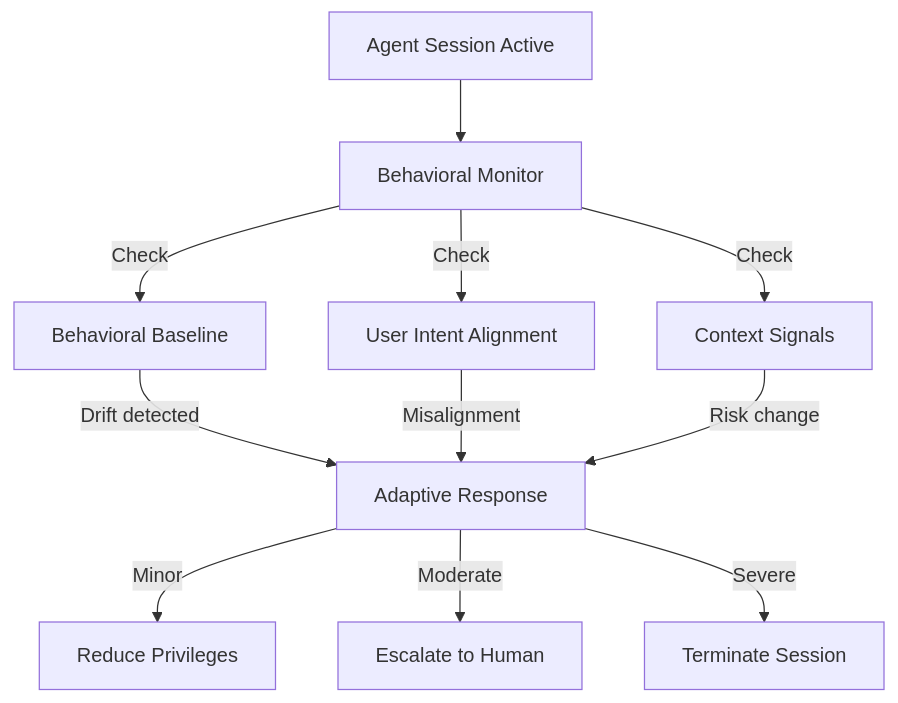
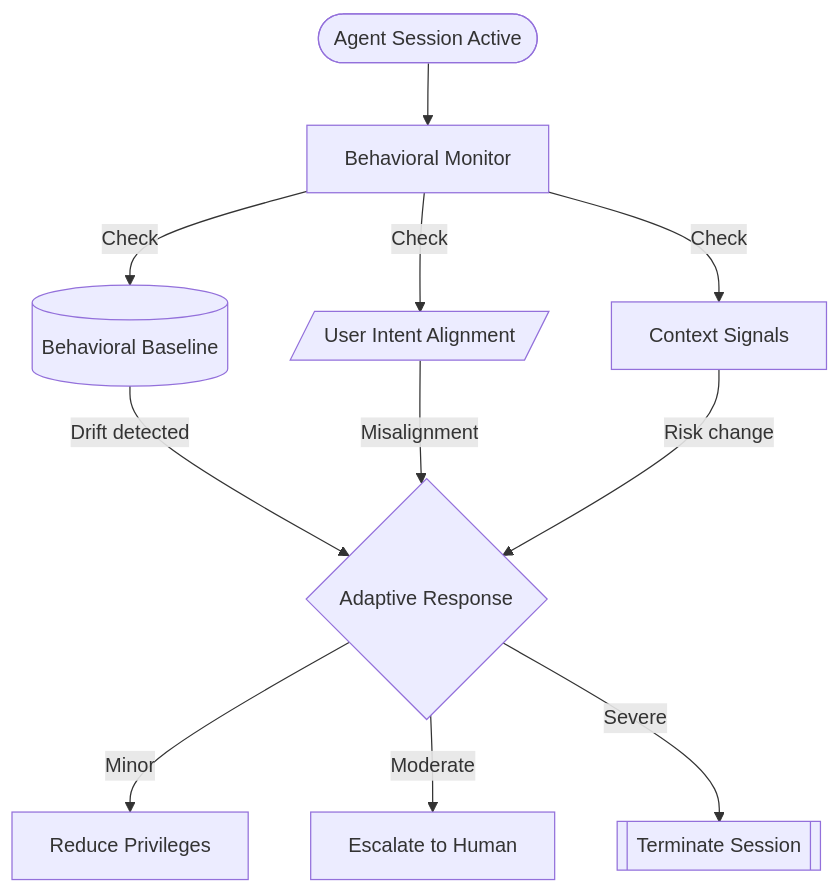
One commit to CyberdaemonAI/cyberdaemon-site changed the second of 5 diagrams in src/content/analysis/zt-ai-systems.mdx. Above: the diagram before and after it, drawn with Mermaid. The commit also changed other lines of this file and 23 other files, not shown here.

First line of the commit message:
style(diagrams): retrofit all mermaid diagrams to flowchart syntax site-wide

````diff
--- a/src/content/analysis/zt-ai-systems.mdx
+++ b/src/content/analysis/zt-ai-systems.mdx
@@ -157,13 +157,13 @@
 ```mermaid
-graph TB
-    SESSION[Agent Session Active] --> MONITOR[Behavioral Monitor]
-    MONITOR -->|Check| BASELINE[Behavioral Baseline]
-    MONITOR -->|Check| INTENT[User Intent Alignment]
+flowchart TB
+    SESSION([Agent Session Active]) --> MONITOR[Behavioral Monitor]
+    MONITOR -->|Check| BASELINE[(Behavioral Baseline)]
+    MONITOR -->|Check| INTENT[/User Intent Alignment/]
     MONITOR -->|Check| CONTEXT[Context Signals]
-    BASELINE -->|Drift detected| RESPONSE[Adaptive Response]
+    BASELINE -->|Drift detected| RESPONSE{Adaptive Response}
     INTENT -->|Misalignment| RESPONSE
     CONTEXT -->|Risk change| RESPONSE
     RESPONSE -->|Minor| RESTRICT[Reduce Privileges]
     RESPONSE -->|Moderate| ESCALATE[Escalate to Human]
-    RESPONSE -->|Severe| TERMINATE[Terminate Session]
+    RESPONSE -->|Severe| TERMINATE[[Terminate Session]]
 ```
````
